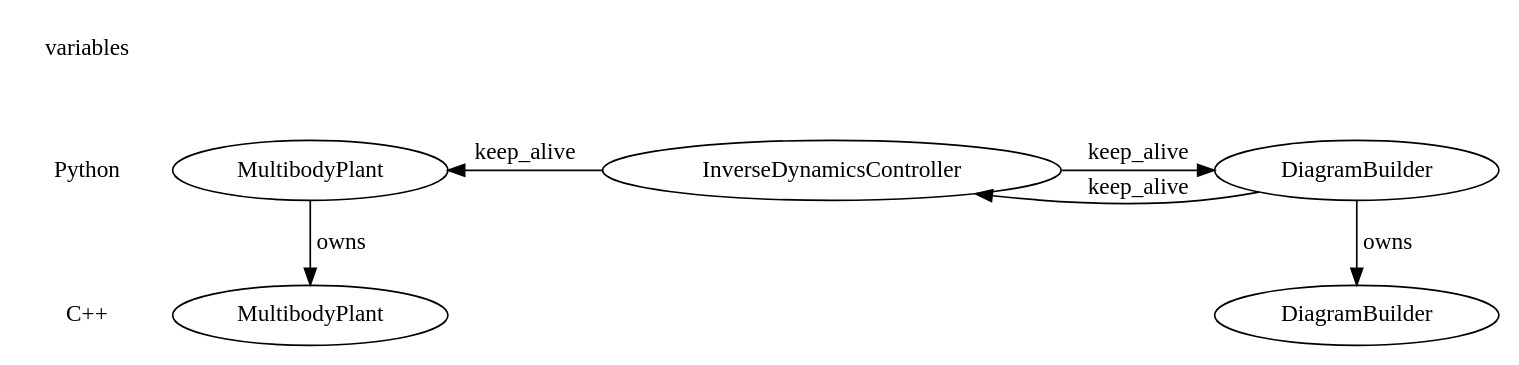
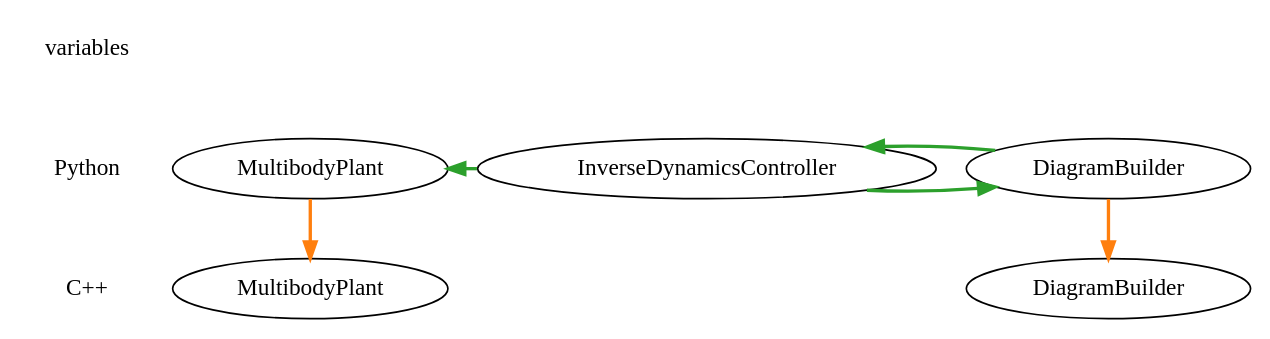
The diagram in dot/epoch1.3.dot (rpoyner-tri/drake), drawn with Graphviz before and after one commit. The commit also changed 7 other files, not shown here.

```diff
--- a/dot/epoch1.3.dot
+++ b/dot/epoch1.3.dot
@@ -1,24 +1,29 @@
 digraph G {
-
-{
- node [shape=plaintext];
- edge [style=invis];
- variables -> Python -> "C++";
+  {
+    node [shape=plaintext];
+    edge [style=invis];
+    variables -> Python -> "C++";
+  }
+  
+  pymbp [label="MultibodyPlant"];
+  cmbp [label="MultibodyPlant"];
+  pydb [label="DiagramBuilder"];
+  cdb [label="DiagramBuilder"];
+  pyidc [label="InverseDynamicsController"];
+  
+  { rank = same; Python; pymbp; pydb; pyidc; }
+  { rank = same; "C++"; cmbp; cdb; }
+  
+  {
+    edge [color="#FF7F0E", style=bold];
+    pydb -> cdb;
+    pymbp -> cmbp;
+  }
+  
+  {
+    edge [color="#2CA02C", style=bold constraint=false];
+    pyidc -> pydb;
+    pydb -> pyidc;
+    pyidc -> pymbp;
+  }
 }
-
-pymbp [label="MultibodyPlant"];
-cmbp [label="MultibodyPlant"];
-pydb [label="DiagramBuilder"];
-cdb [label="DiagramBuilder"];
-pyidc [label="InverseDynamicsController"];
-
-{ rank = same; Python; pymbp; pydb; pyidc; }
-{ rank = same; "C++"; cmbp; cdb; }
-
- pydb -> cdb [label="owns"];
- pymbp -> cmbp [label="owns"];
-
- pyidc -> pydb [label="keep_alive", constraint=false];
- pydb -> pyidc [label="keep_alive", constraint=false];
- pyidc -> pymbp [label="keep_alive", constraint=false];
-}
```
